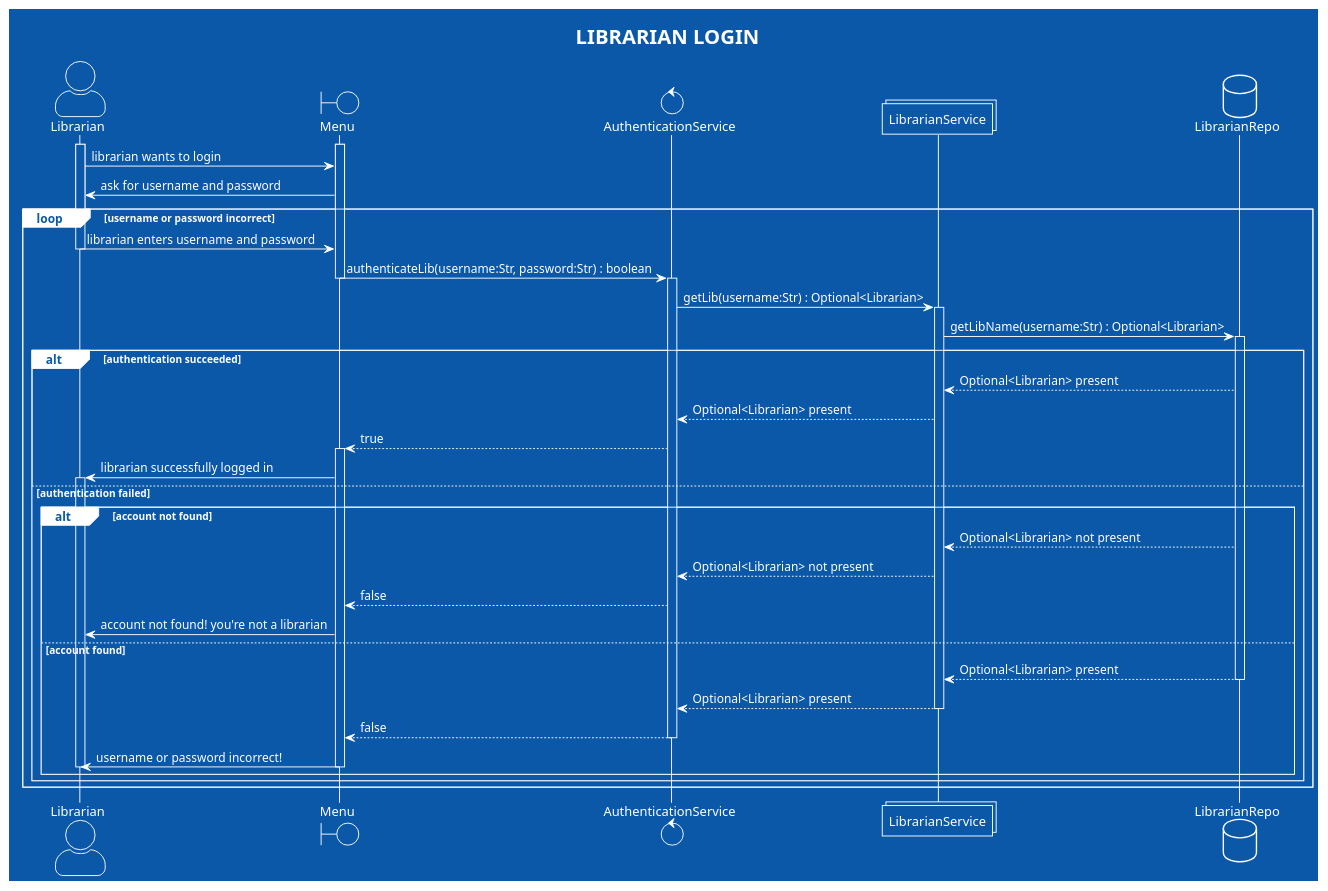
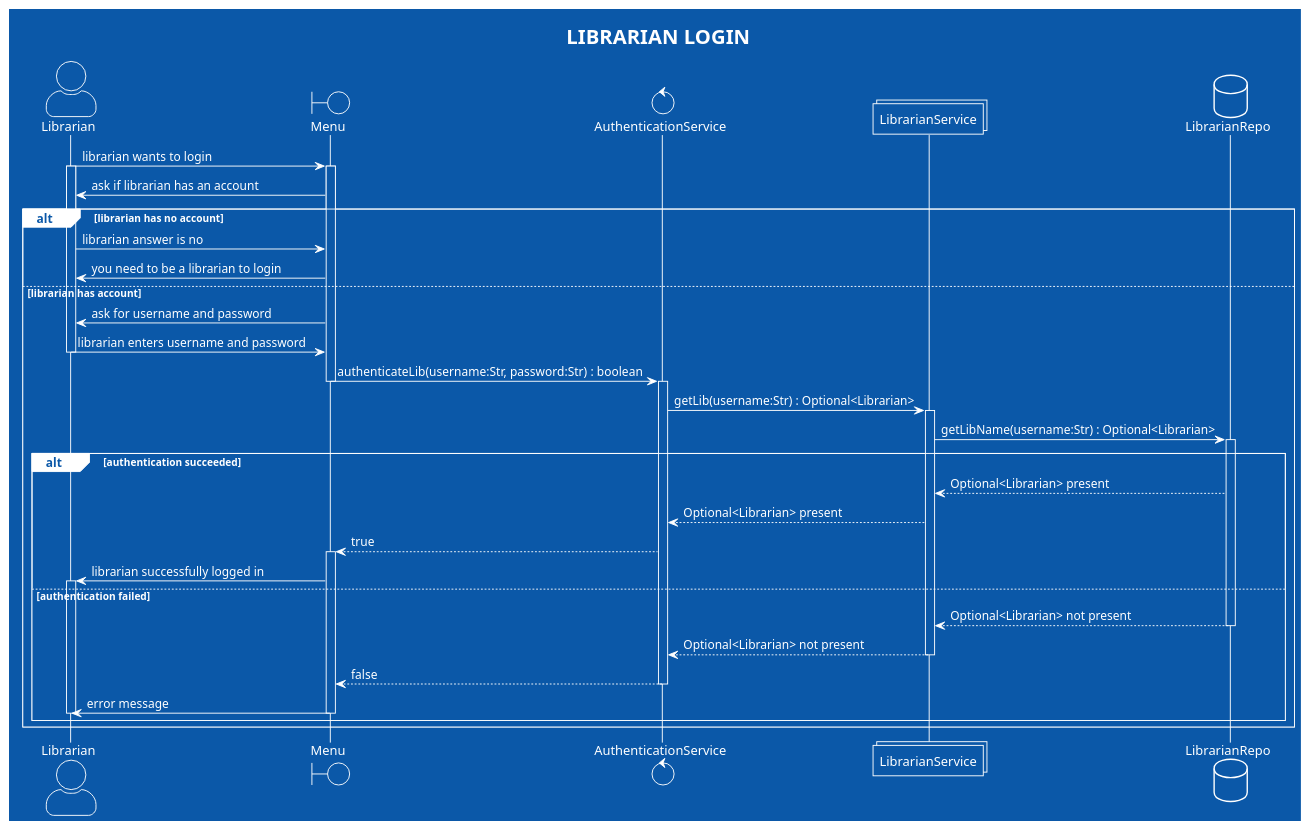
Before and after one commit to Gabe-Alvess/LibraryAppDiagrams: the second of 7 diagrams in sequence/sequence-diagrams.md, drawn with PlantUML. The commit also changed other lines of this file and 4 other files, not shown here.

````diff
--- a/sequence/sequence-diagrams.md
+++ b/sequence/sequence-diagrams.md
@@ -62,60 +66,55 @@
 ```plantuml
 
 @startuml
 
 !theme amiga
 skinparam actorStyle awesome
 title LIBRARIAN LOGIN
 
 Actor Librarian as lib
 Boundary Menu as menu
 Control AuthenticationService as service
 collections LibrarianService as libservice
 database LibrarianRepo as repo
 
+lib -> menu : librarian wants to login
 activate lib
 activate menu
-
-lib -> menu : librarian wants to login
-menu -> lib : ask for username and password
-
-loop username or password incorrect
+menu -> lib : ask if librarian has an account
+alt librarian has no account
+    lib -> menu : librarian answer is no
+    menu -> lib : you need to be a librarian to login
+else librarian has account
+    menu -> lib : ask for username and password
     lib -> menu : librarian enters username and password
     deactivate lib
     menu -> service : authenticateLib(username:Str, password:Str) : boolean
     deactivate menu
     activate service
     service -> libservice : getLib(username:Str) : Optional<Librarian>
     activate libservice
     libservice -> repo : getLibName(username:Str) : Optional<Librarian>
     activate repo
     alt authentication succeeded
         repo --> libservice :  Optional<Librarian> present
         libservice --> service :  Optional<Librarian> present
         service --> menu : true
         activate menu
         menu -> lib : librarian successfully logged in
         activate lib
     else authentication failed
-        alt account not found
-            repo --> libservice : Optional<Librarian> not present
-            libservice --> service :  Optional<Librarian> not present
-            service --> menu : false
-            menu -> lib : account not found! you're not a librarian
-        else account found
-            repo --> libservice :  Optional<Librarian> present
-            deactivate repo
-            libservice --> service :  Optional<Librarian> present
-            deactivate libservice
-            service --> menu : false
-            deactivate service
-            menu -> lib : username or password incorrect!
-            deactivate lib
-            deactivate menu
-        end
+        repo --> libservice : Optional<Librarian> not present
+        deactivate repo
+        libservice --> service :  Optional<Librarian> not present
+        deactivate libservice
+        service --> menu : false
+        deactivate service
+        menu -> lib : error message
+        deactivate lib
+        deactivate menu
     end
 end
 
 @enduml
 
 ```
````
